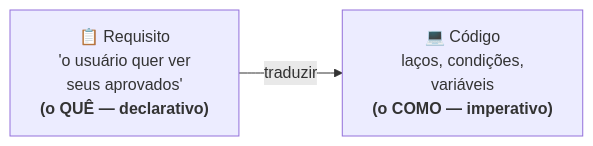
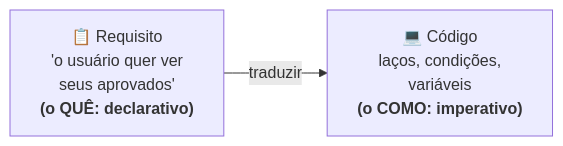
The third of 5 diagrams in content/Tópicos/Engenharia de Software/Integração - Engenharia de Software e Paradigmas.md (wesleyfolly/aulas), drawn with Mermaid before and after one commit. The commit also changed other lines of this file and 6 other files, not shown here.

````diff
--- a/content/Tópicos/Engenharia de Software/Integração - Engenharia de Software e Paradigmas.md
+++ b/content/Tópicos/Engenharia de Software/Integração - Engenharia de Software e Paradigmas.md
@@ -102,6 +102,6 @@
 ```mermaid
 flowchart LR
-    R["📋 Requisito<br/>'o usuário quer ver<br/>seus aprovados'<br/><b>(o QUÊ — declarativo)</b>"]
-    C["💻 Código<br/>laços, condições,<br/>variáveis<br/><b>(o COMO — imperativo)</b>"]
+    R["📋 Requisito<br/>'o usuário quer ver<br/>seus aprovados'<br/><b>(o QUÊ: declarativo)</b>"]
+    C["💻 Código<br/>laços, condições,<br/>variáveis<br/><b>(o COMO: imperativo)</b>"]
     R -->|traduzir| C
 ```
````
